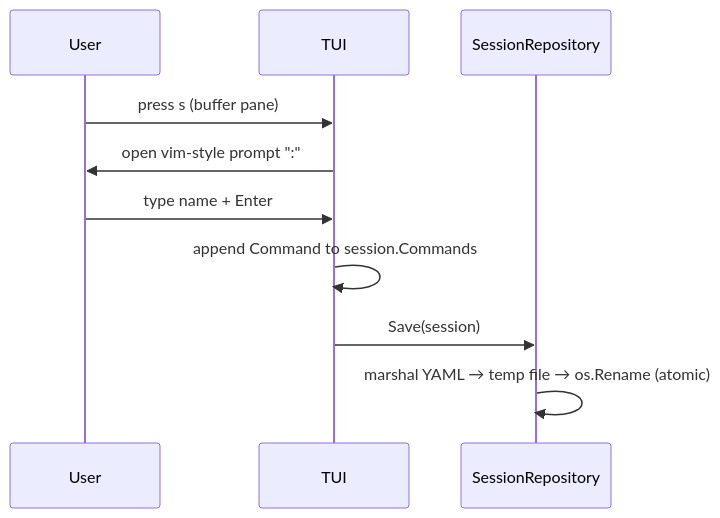
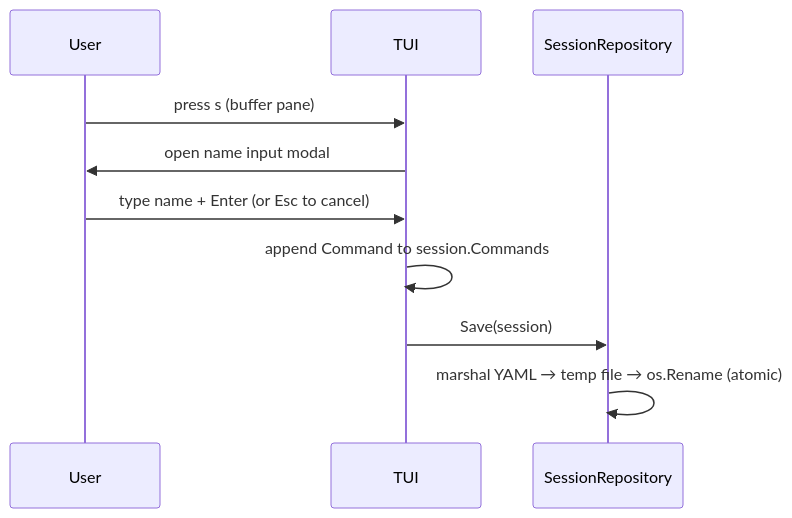
One commit to drradao/zigbee2mqtt-ir-blaster-learner changed the sixth of 7 diagrams in docs/ARCHITECTURE.md. Above: the diagram before and after it, drawn with Mermaid. The commit also changed other lines of this file and 9 other files, not shown here.

````diff
--- a/docs/ARCHITECTURE.md
+++ b/docs/ARCHITECTURE.md
@@ -248,13 +249,13 @@
 ```mermaid
 sequenceDiagram
     participant User
     participant TUI
     participant Repo as SessionRepository
 
     User->>TUI: press s (buffer pane)
-    TUI->>User: open vim-style prompt ":"
-    User->>TUI: type name + Enter
+    TUI->>User: open name input modal
+    User->>TUI: type name + Enter (or Esc to cancel)
     TUI->>TUI: append Command to session.Commands
     TUI->>Repo: Save(session)
     Repo->>Repo: marshal YAML → temp file → os.Rename (atomic)
 ```
````
